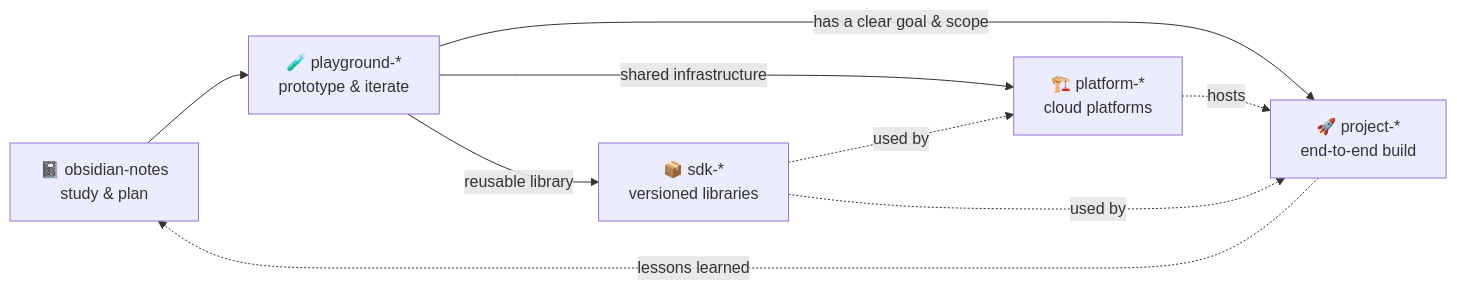
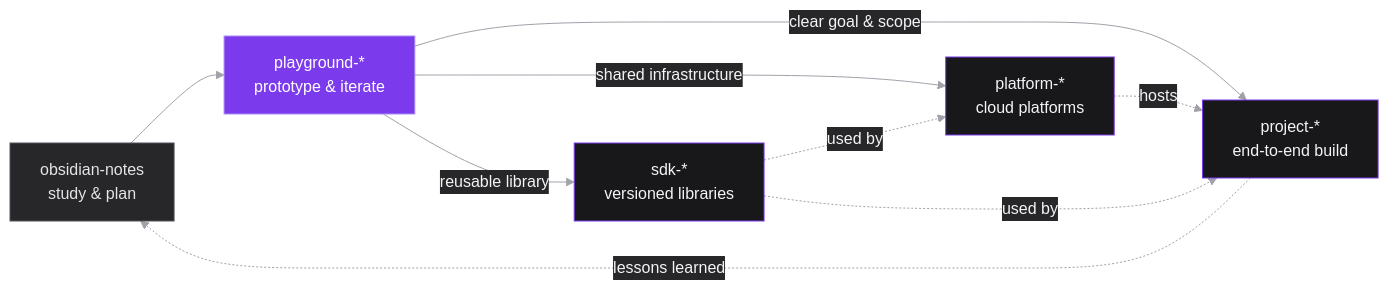
One commit to x-ruiz/x-ruiz changed the diagram in README.md. Above: the diagram before and after it, drawn with Mermaid. The commit also changed other lines of this file and 2 other files, not shown here.

Commit message:
Restyle profile with black/purple/grey theme and add cloud playground

````diff
--- a/README.md
+++ b/README.md
@@ -40,11 +62,16 @@
 ```mermaid
+%%{init: {'theme':'base','themeVariables':{'primaryColor':'#18181B','primaryTextColor':'#F4F4F5','primaryBorderColor':'#7C3AED','lineColor':'#A1A1AA','fontFamily':'Helvetica, Arial, sans-serif','edgeLabelBackground':'#27272A'}}}%%
 flowchart LR
-    N["📓 obsidian-notes<br/>study & plan"] --> P["🧪 playground-*<br/>prototype & iterate"]
-    P -->|has a clear goal & scope| PR["🚀 project-*<br/>end-to-end build"]
-    P -->|shared infrastructure| PL["🏗️ platform-*<br/>cloud platforms"]
-    P -->|reusable library| SDK["📦 sdk-*<br/>versioned libraries"]
+    N["obsidian-notes<br/>study & plan"] --> P["playground-*<br/>prototype & iterate"]
+    P -->|clear goal & scope| PR["project-*<br/>end-to-end build"]
+    P -->|shared infrastructure| PL["platform-*<br/>cloud platforms"]
+    P -->|reusable library| SDK["sdk-*<br/>versioned libraries"]
     PL -.->|hosts| PR
     SDK -.->|used by| PR
     SDK -.->|used by| PL
     PR -.->|lessons learned| N
+    classDef hub fill:#7C3AED,stroke:#A78BFA,color:#FFFFFF;
+    classDef grey fill:#27272A,stroke:#52525B,color:#E4E4E7;
+    class P hub;
+    class N grey;
 ```
````
